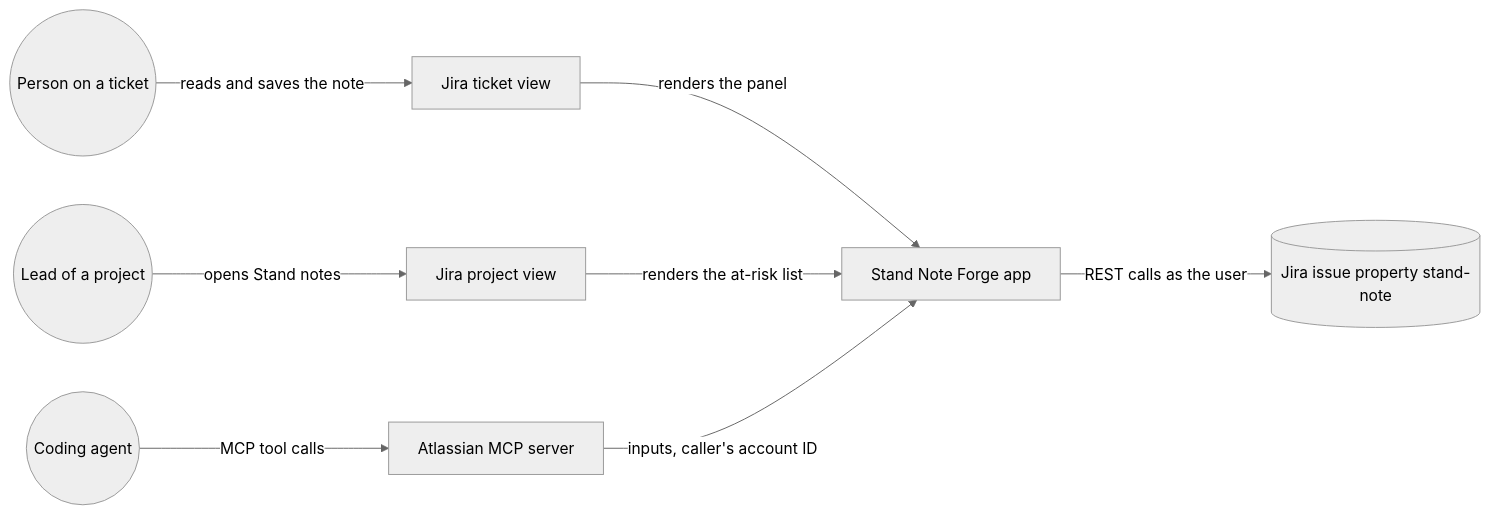
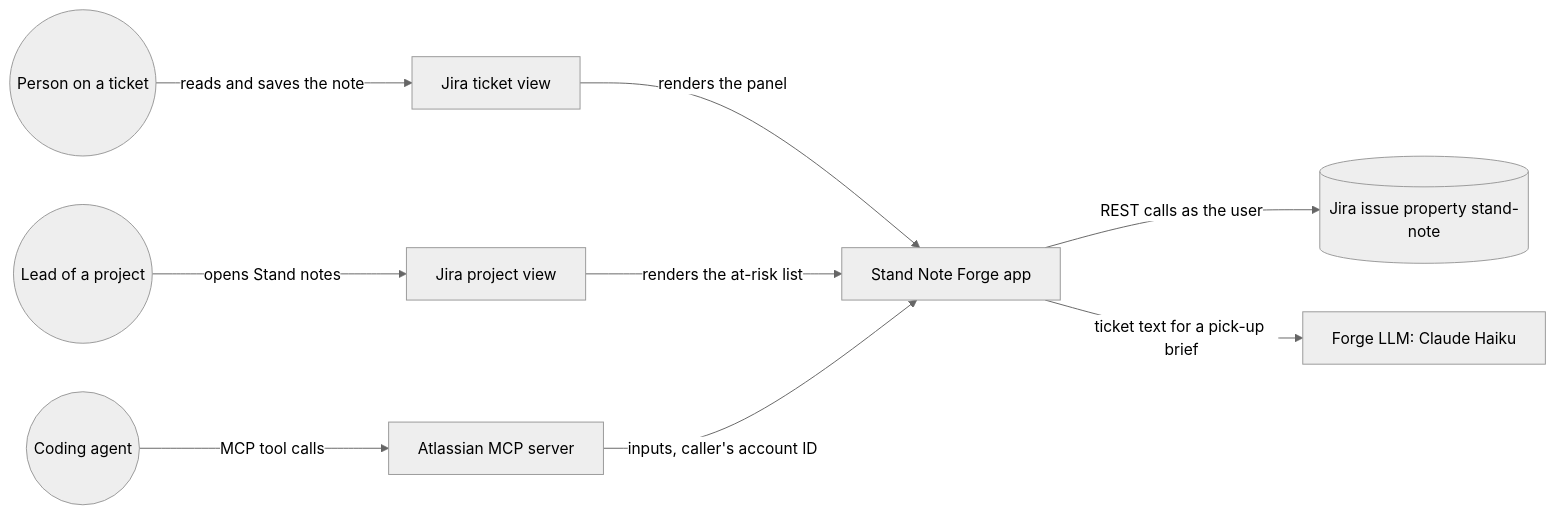
Before and after one commit to dzaffren/dogear: the first of 2 diagrams in docs/ARCHITECTURE.md, drawn with Mermaid (neutral theme). The commit also changed other lines of this file and 20 other files, not shown here.

First line of the commit message:
feat(app): build a pick-up brief from Jira through Forge LLM (#4)

````diff
--- a/docs/ARCHITECTURE.md
+++ b/docs/ARCHITECTURE.md
@@ -7,10 +7,11 @@
 ```mermaid
 flowchart LR
     U((Person on a ticket)) -- "reads and saves the note" --> J[Jira ticket view]
     J -- "renders the panel" --> A[Stand Note Forge app]
     L((Lead of a project)) -- "opens Stand notes" --> PP[Jira project view]
     PP -- "renders the at-risk list" --> A
     G((Coding agent)) -- "MCP tool calls" --> M[Atlassian MCP server]
     M -- "inputs, caller's account ID" --> A
     A -- "REST calls as the user" --> P[(Jira issue property stand-note)]
+    A -- "ticket text for a pick-up brief" --> LLM[Forge LLM: Claude Haiku]
 ```
````
